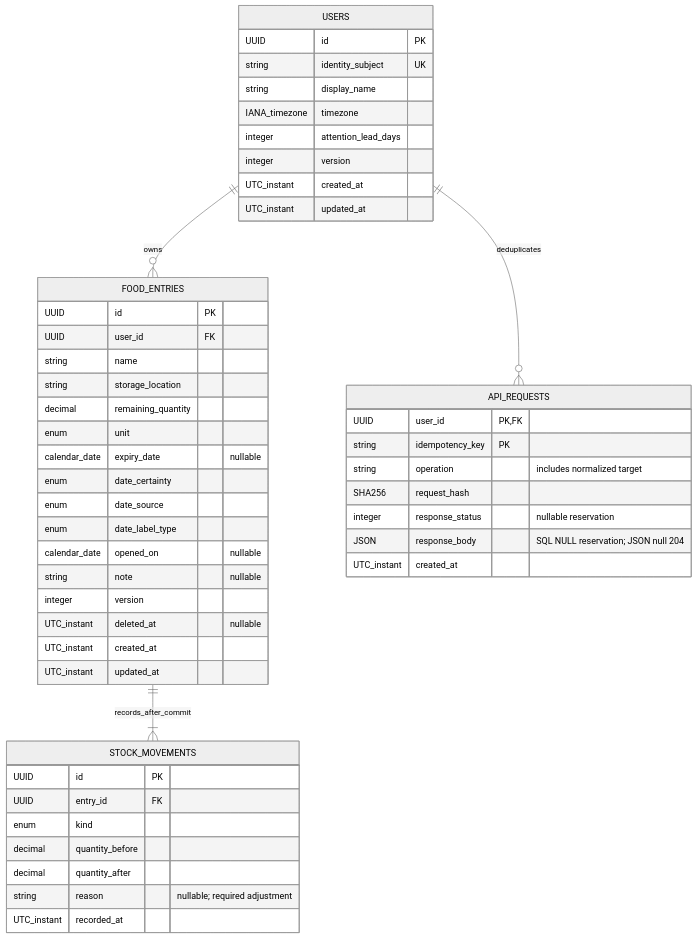
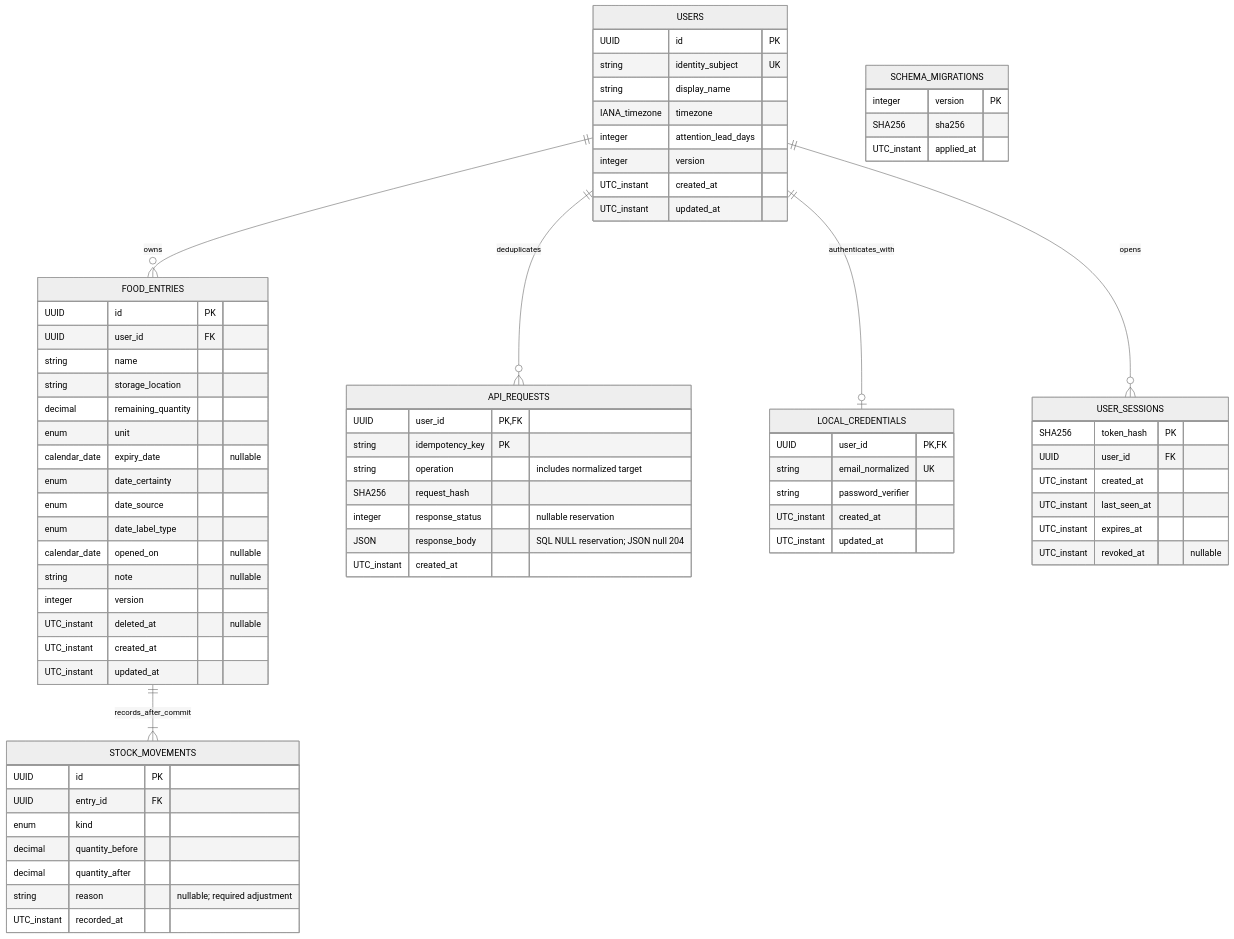
One commit to tducn011/expiry changed the diagram in docs/architecture/06-data-model/erd-workbench/02_LOGICAL_ERD.mmd. Above: the diagram before and after it, drawn with Mermaid (neutral theme). The commit also changed 150 other files, not shown here.

Commit message:
feat(schema): reconcile MySQL data model, forms UX, contracts, and architecture documentation

```diff
--- a/docs/architecture/06-data-model/erd-workbench/02_LOGICAL_ERD.mmd
+++ b/docs/architecture/06-data-model/erd-workbench/02_LOGICAL_ERD.mmd
@@ -1,50 +1,72 @@
 erDiagram
   USERS ||--o{ FOOD_ENTRIES : owns
   USERS ||--o{ API_REQUESTS : deduplicates
+  USERS ||--o| LOCAL_CREDENTIALS : authenticates_with
+  USERS ||--o{ USER_SESSIONS : opens
   FOOD_ENTRIES ||--|{ STOCK_MOVEMENTS : records_after_commit
   USERS {
     UUID id PK
     string identity_subject UK
     string display_name
     IANA_timezone timezone
     integer attention_lead_days
     integer version
     UTC_instant created_at
     UTC_instant updated_at
   }
   FOOD_ENTRIES {
     UUID id PK
     UUID user_id FK
     string name
     string storage_location
     decimal remaining_quantity
     enum unit
     calendar_date expiry_date "nullable"
     enum date_certainty
     enum date_source
     enum date_label_type
     calendar_date opened_on "nullable"
     string note "nullable"
     integer version
     UTC_instant deleted_at "nullable"
     UTC_instant created_at
     UTC_instant updated_at
   }
   STOCK_MOVEMENTS {
     UUID id PK
     UUID entry_id FK
     enum kind
     decimal quantity_before
     decimal quantity_after
     string reason "nullable; required adjustment"
     UTC_instant recorded_at
   }
   API_REQUESTS {
     UUID user_id PK,FK
     string idempotency_key PK
     string operation "includes normalized target"
     SHA256 request_hash
     integer response_status "nullable reservation"
     JSON response_body "SQL NULL reservation; JSON null 204"
     UTC_instant created_at
   }
+  LOCAL_CREDENTIALS {
+    UUID user_id PK,FK
+    string email_normalized UK
+    string password_verifier
+    UTC_instant created_at
+    UTC_instant updated_at
+  }
+  USER_SESSIONS {
+    SHA256 token_hash PK
+    UUID user_id FK
+    UTC_instant created_at
+    UTC_instant last_seen_at
+    UTC_instant expires_at
+    UTC_instant revoked_at "nullable"
+  }
+  SCHEMA_MIGRATIONS {
+    integer version PK
+    SHA256 sha256
+    UTC_instant applied_at
+  }
```
